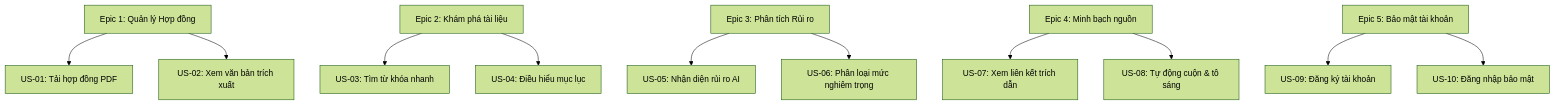
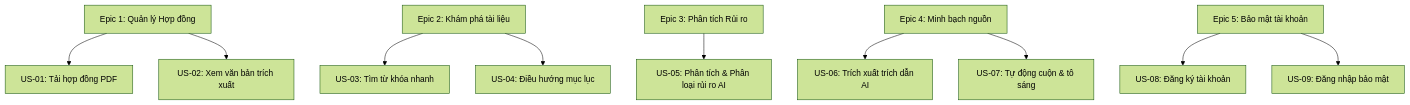
Before and after one commit to githubuser2777/LegalLens_ZenAI: the diagram in docs/REQUIREMENTS.md, drawn with Mermaid (forest theme). The commit also changed other lines of this file and 3 other files, not shown here.

````diff
--- a/docs/REQUIREMENTS.md
+++ b/docs/REQUIREMENTS.md
@@ -11,17 +11,16 @@
 ```mermaid
 graph TD
     Epic1["Epic 1: Quản lý Hợp đồng"] --> US01["US-01: Tải hợp đồng PDF"]
     Epic1 --> US02["US-02: Xem văn bản trích xuất"]
     
     Epic2["Epic 2: Khám phá tài liệu"] --> US03["US-03: Tìm từ khóa nhanh"]
-    Epic2 --> US04["US-04: Điều hiểu mục lục"]
+    Epic2 --> US04["US-04: Điều hướng mục lục"]
     
-    Epic3["Epic 3: Phân tích Rủi ro"] --> US05["US-05: Nhận diện rủi ro AI"]
-    Epic3 --> US06["US-06: Phân loại mức nghiêm trọng"]
+    Epic3["Epic 3: Phân tích Rủi ro"] --> US05["US-05: Phân tích & Phân loại rủi ro AI"]
     
-    Epic4["Epic 4: Minh bạch nguồn"] --> US07["US-07: Xem liên kết trích dẫn"]
-    Epic4 --> US08["US-08: Tự động cuộn & tô sáng"]
+    Epic4["Epic 4: Minh bạch nguồn"] --> US06["US-06: Trích xuất trích dẫn AI"]
+    Epic4 --> US07["US-07: Tự động cuộn & tô sáng"]
     
-    Epic5["Epic 5: Bảo mật tài khoản"] --> US09["US-09: Đăng ký tài khoản"]
-    Epic5 --> US10["US-10: Đăng nhập bảo mật"]
+    Epic5["Epic 5: Bảo mật tài khoản"] --> US08["US-08: Đăng ký tài khoản"]
+    Epic5 --> US09["US-09: Đăng nhập bảo mật"]
 ```
````
